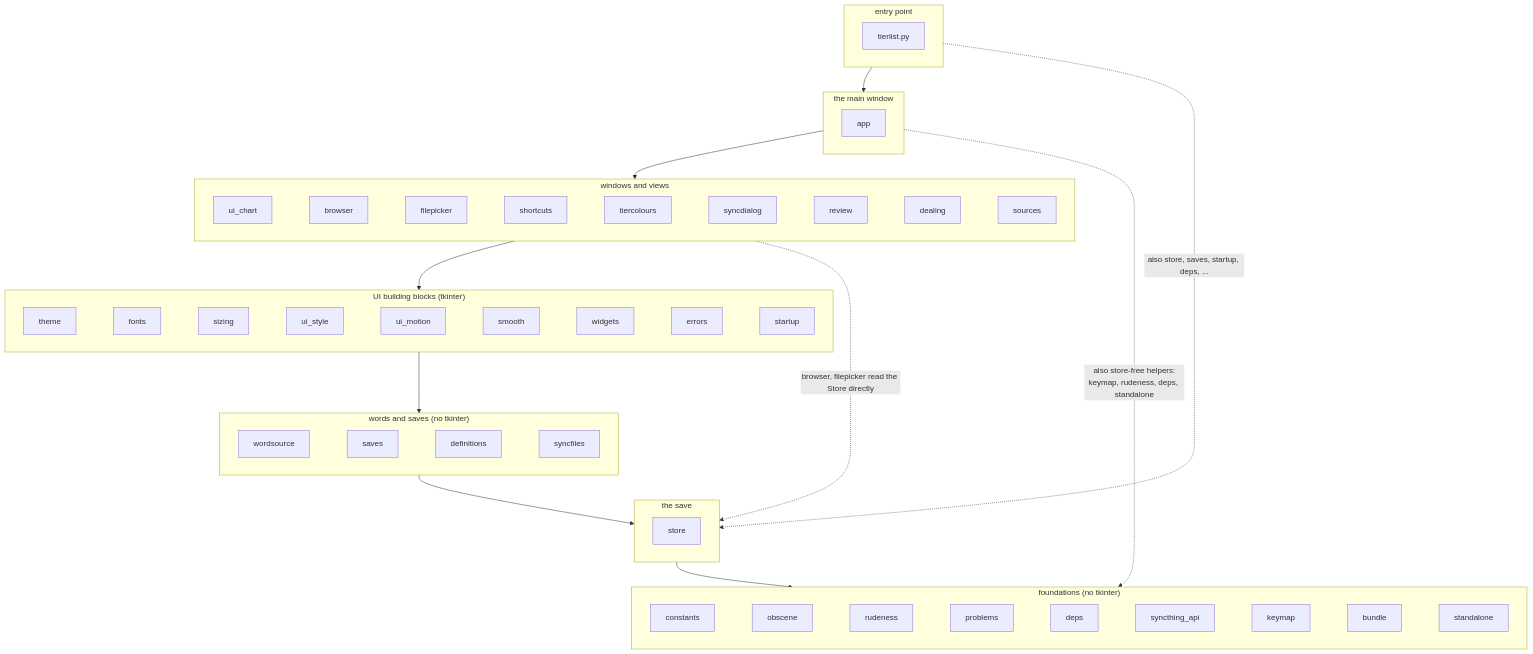
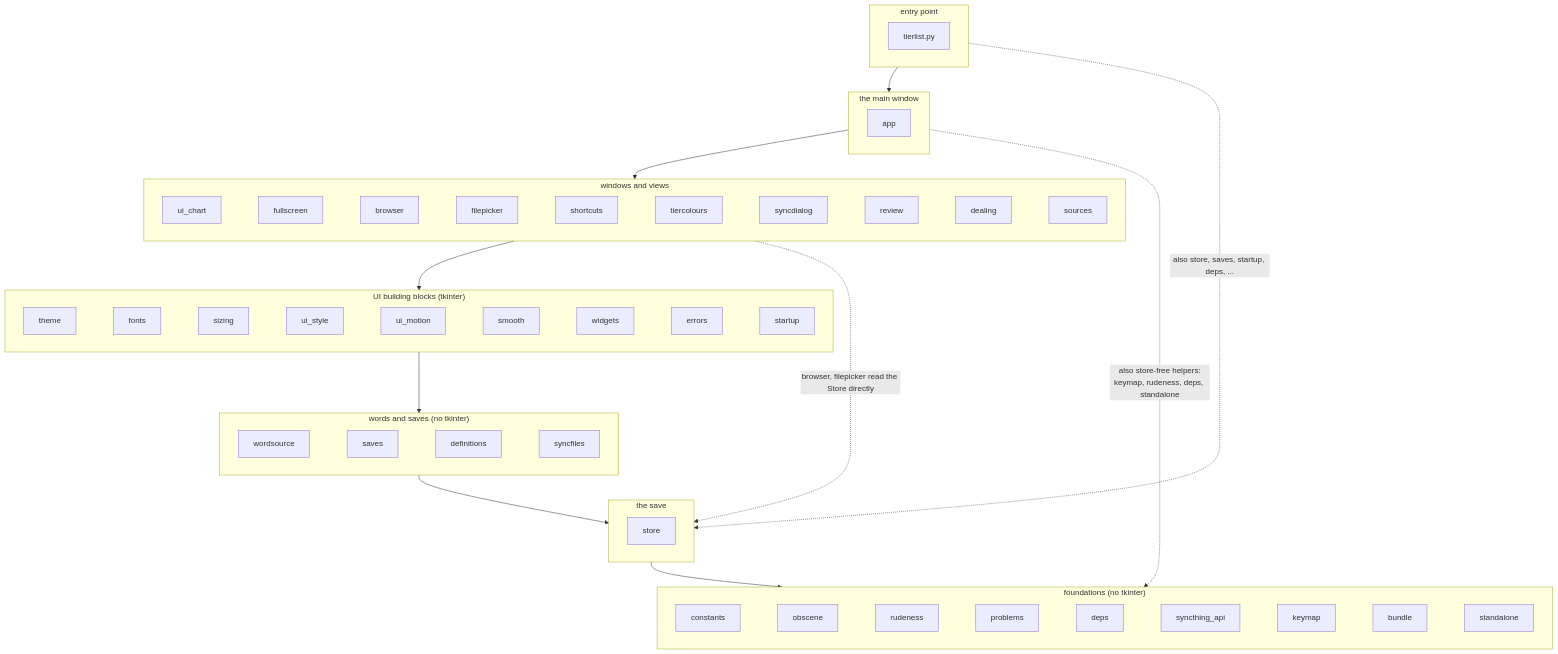
One commit to kiva-mccr/Word-Tierlister changed the second of 13 diagrams in DEVELOPERS.md. Above: the diagram before and after it, drawn with Mermaid. The commit also changed other lines of this file and 23 other files, not shown here.

````diff
--- a/DEVELOPERS.md
+++ b/DEVELOPERS.md
@@ -77,32 +77,32 @@
 ```mermaid
 flowchart TB
     subgraph L6["entry point"]
         tierlist["tierlist.py"]
     end
     subgraph L5["the main window"]
         app["app"]
     end
     subgraph L4["windows and views"]
         direction LR
-        ui_chart["ui_chart"] ~~~ browser["browser"] ~~~ filepicker["filepicker"] ~~~ shortcuts["shortcuts"] ~~~ tiercolours["tiercolours"] ~~~ syncdialog["syncdialog"] ~~~ review["review"] ~~~ dealing["dealing"] ~~~ sources["sources"]
+        ui_chart["ui_chart"] ~~~ fullscreen["fullscreen"] ~~~ browser["browser"] ~~~ filepicker["filepicker"] ~~~ shortcuts["shortcuts"] ~~~ tiercolours["tiercolours"] ~~~ syncdialog["syncdialog"] ~~~ review["review"] ~~~ dealing["dealing"] ~~~ sources["sources"]
     end
     subgraph L3["UI building blocks (tkinter)"]
         direction LR
         theme["theme"] ~~~ fonts["fonts"] ~~~ sizing["sizing"] ~~~ ui_style["ui_style"] ~~~ ui_motion["ui_motion"] ~~~ smooth["smooth"] ~~~ widgets["widgets"] ~~~ errors["errors"] ~~~ startup["startup"]
     end
     subgraph L2["words and saves (no tkinter)"]
         direction LR
         wordsource["wordsource"] ~~~ saves["saves"] ~~~ definitions["definitions"] ~~~ syncfiles["syncfiles"]
     end
     subgraph L1["the save"]
         store["store"]
     end
     subgraph L0["foundations (no tkinter)"]
         direction LR
         constants["constants"] ~~~ obscene["obscene"] ~~~ rudeness["rudeness"] ~~~ problems["problems"] ~~~ deps["deps"] ~~~ syncthing_api["syncthing_api"] ~~~ keymap["keymap"] ~~~ bundle["bundle"] ~~~ standalone["standalone"]
     end
     L6 --> L5 --> L4 --> L3 --> L2 --> L1 --> L0
     L6 -. "also store, saves, startup, deps, ..." .-> L1
     L5 -. "also store-free helpers:<br/>keymap, rudeness, deps, standalone" .-> L0
     L4 -. "browser, filepicker read the Store directly" .-> L1
 ```
````
